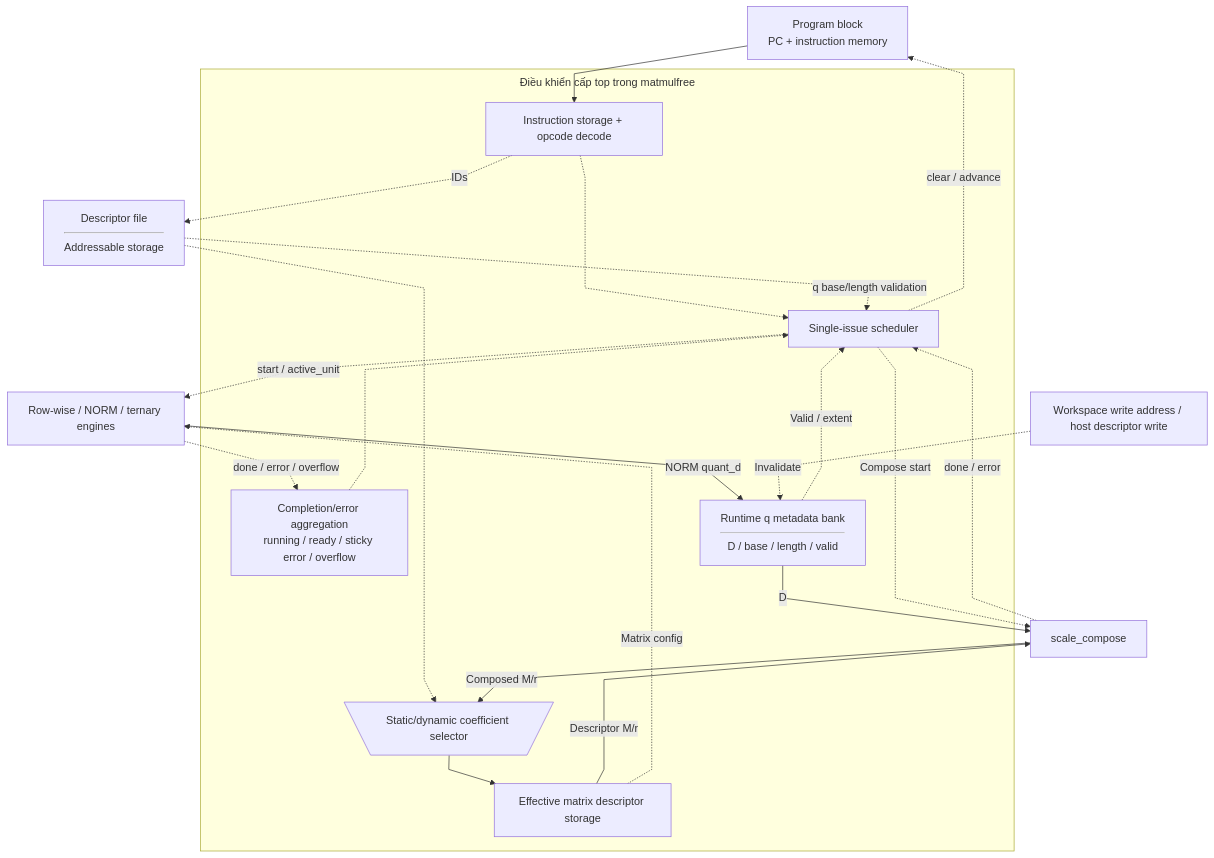
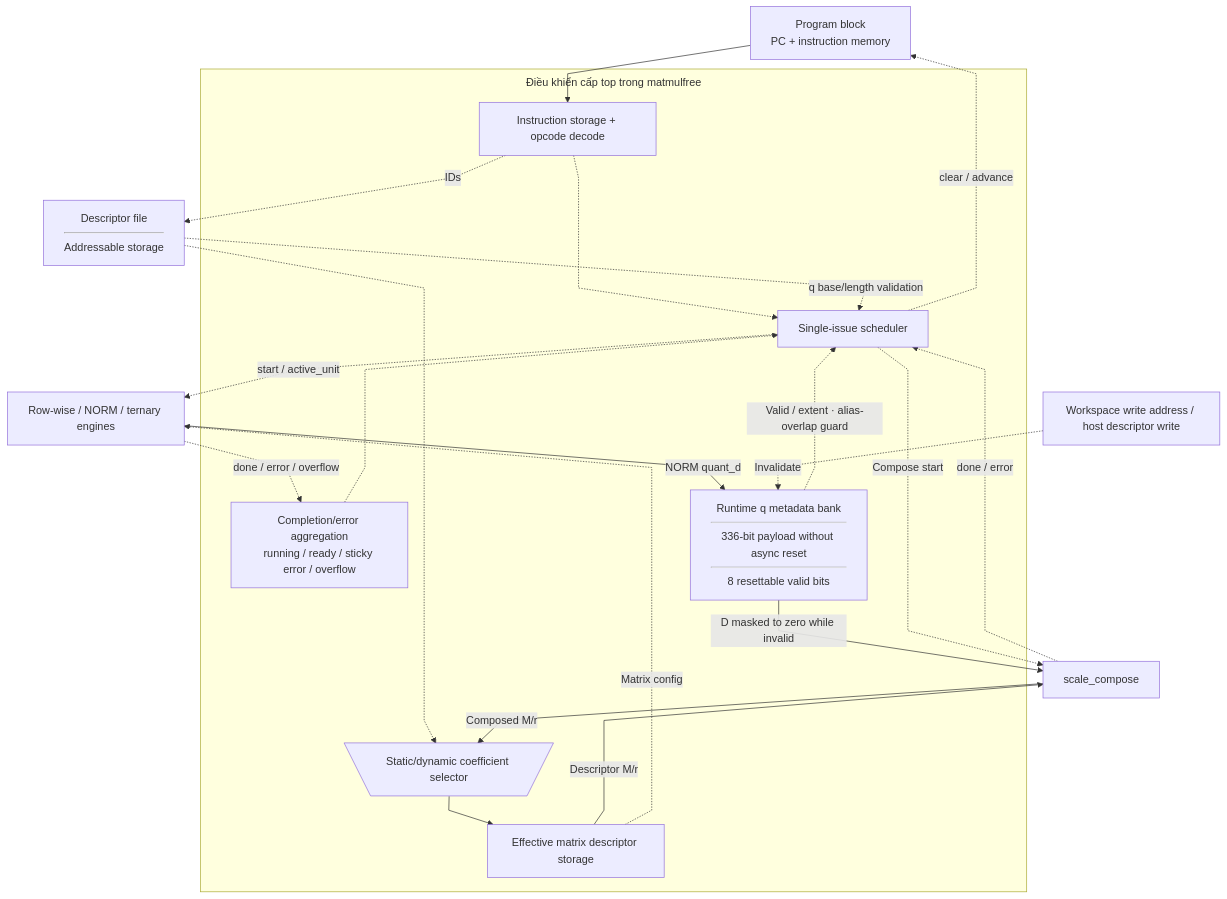
Before and after one commit to nguyennhutkhanhtom/NPU: the second of 2 diagrams in docs/source_guide/blocks/matmulfree.sv.md, drawn with Mermaid. The commit also changed other lines of this file and 123 other files, not shown here.

````diff
--- a/docs/source_guide/blocks/matmulfree.sv.md
+++ b/docs/source_guide/blocks/matmulfree.sv.md
@@ -693,35 +737,35 @@
 ```mermaid
 flowchart TB
 %%{init: {"flowchart": {"subGraphTitleMargin": {"top": 8, "bottom": 20}, "nodeSpacing": 28, "rankSpacing": 42, "curve": "linear"}}}%%
     PROG["Program block<br/>PC + instruction memory"]
     DESC@{ shape: rect, label: "Descriptor file<hr/>Addressable storage" }
     subgraph CTRL["Điều khiển cấp top trong matmulfree"]
         DECODE["Instruction storage + opcode decode"]
         SCH["Single-issue scheduler"]
         STATUS["Completion/error aggregation<br/>running / ready / sticky error / overflow"]
-        QMETA@{ shape: rect, label: "Runtime q metadata bank<hr/>D / base / length / valid" }
+        QMETA@{ shape: rect, label: "Runtime q metadata bank<hr/>336-bit payload without async reset<hr/>8 resettable valid bits" }
         ESEL@{ shape: trap-t, label: "Static/dynamic coefficient selector" }
         EFF["Effective matrix descriptor storage"]
     end
     ENGINE["Row-wise / NORM / ternary engines"]
     COMP["scale_compose"]
     PROG --> DECODE
     DECODE -.-> SCH
     DECODE -.->|"IDs"| DESC
     DESC -.-> ESEL
     DESC -.->|"q base/length validation"| SCH
     SCH -.->|"clear / advance"| PROG
     SCH -.->|"start / active_unit"| ENGINE
     ENGINE -.->|"done / error / overflow"| STATUS
     STATUS -.-> SCH
     ENGINE -->|"NORM quant_d"| QMETA
     WR["Workspace write address / host descriptor write"] -.->|"Invalidate"| QMETA
-    QMETA -->|"D"| COMP
-    QMETA -.->|"Valid / extent"| SCH
+    QMETA -->|"D masked to zero while invalid"| COMP
+    QMETA -.->|"Valid / extent · alias-overlap guard"| SCH
     ESEL --> EFF
     EFF -->|"Descriptor M/r"| COMP
     SCH -.->|"Compose start"| COMP
     COMP -.->|"done / error"| SCH
     COMP -->|"Composed M/r"| ESEL
     EFF -.->|"Matrix config"| ENGINE
 ```
````
